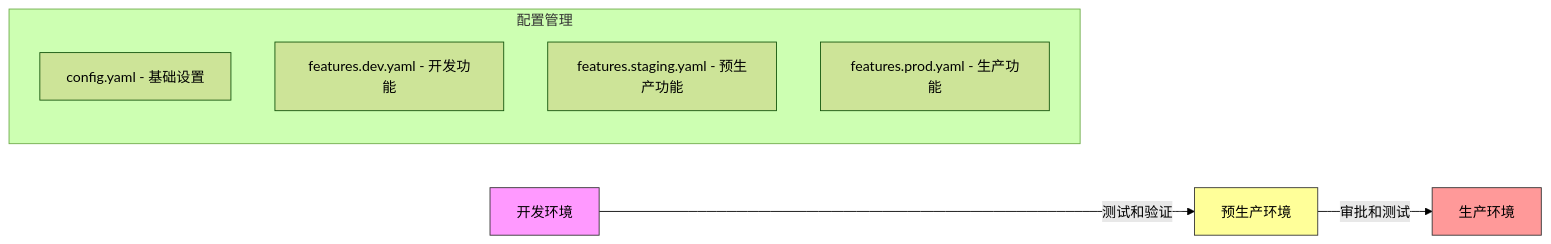
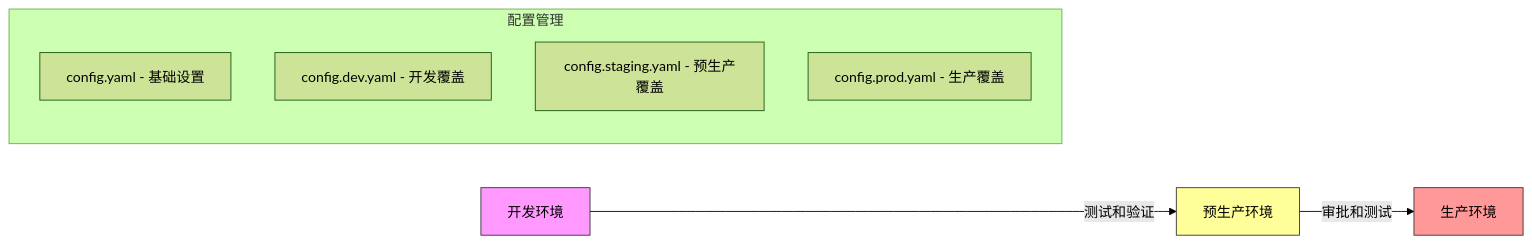
The third of 3 diagrams in .qoder/repowiki/zh/content/Configuration/Configuration.md (26huitailang/kratos-boilerplate), drawn with Mermaid (forest theme) before and after one commit. The commit also changed other lines of this file and 31 other files, not shown here.

````diff
--- a/.qoder/repowiki/zh/content/Configuration/Configuration.md
+++ b/.qoder/repowiki/zh/content/Configuration/Configuration.md
@@ -438,14 +551,14 @@
 ```mermaid
 flowchart LR
 A["开发环境"] --> |测试和验证| B["预生产环境"]
 B --> |审批和测试| C["生产环境"]
 style A fill:#f9f,stroke:#333
 style B fill:#ff9,stroke:#333
 style C fill:#f99,stroke:#333
 subgraph "配置管理"
 D["config.yaml - 基础设置"]
-E["features.dev.yaml - 开发功能"]
-F["features.staging.yaml - 预生产功能"]
-G["features.prod.yaml - 生产功能"]
+E["config.dev.yaml - 开发覆盖"]
+F["config.staging.yaml - 预生产覆盖"]
+G["config.prod.yaml - 生产覆盖"]
 end
 ```
````
